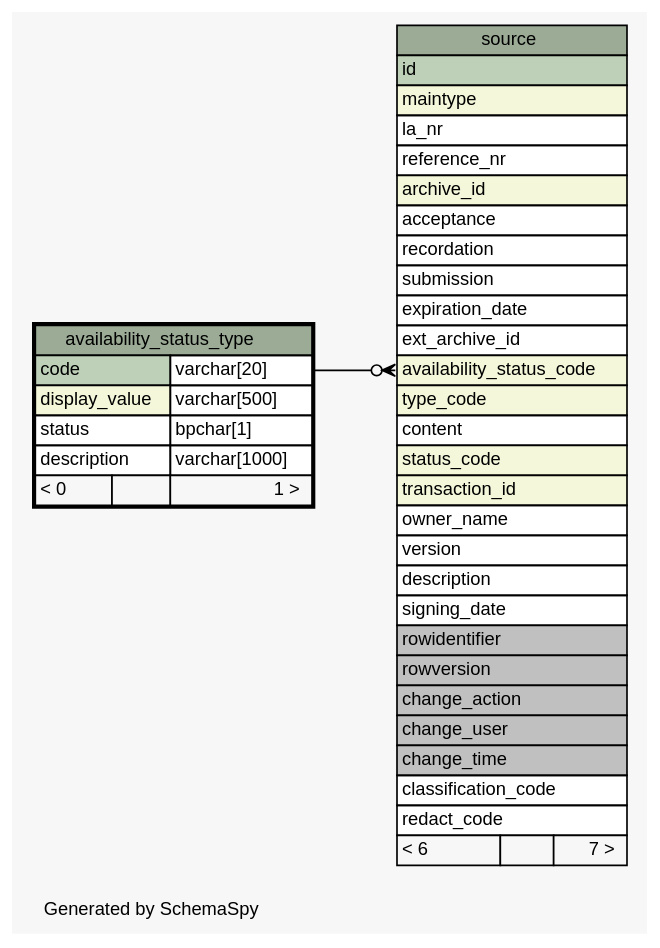
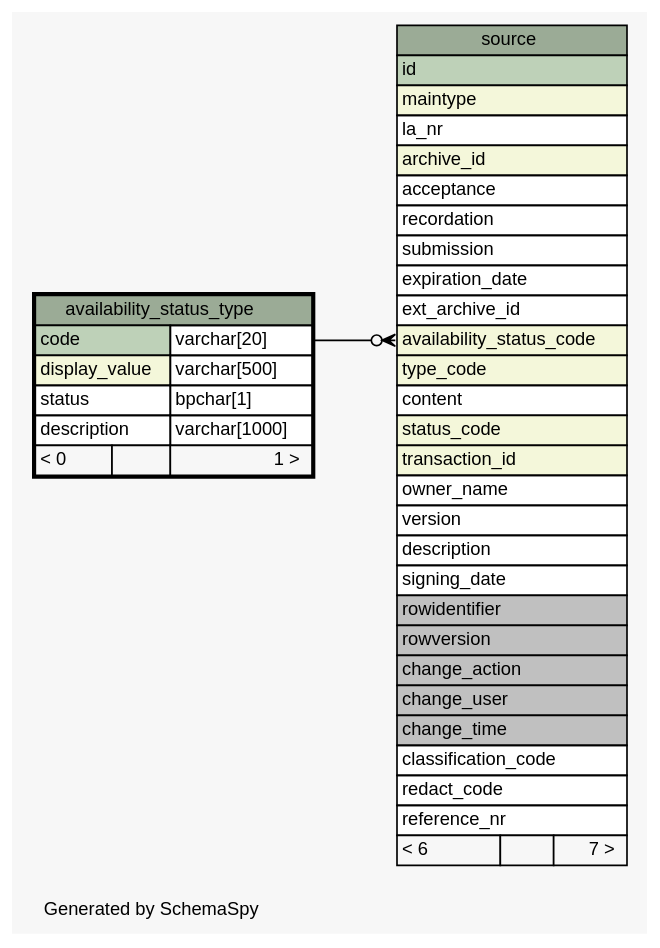
One commit to SOLA-SR-FAO/database changed the diagram in doc/source/diagrams/availability_status_type.1degree.dot. Above: the diagram before and after it, drawn with Graphviz. The commit also changed other lines of this file and 592 other files, not shown here.

```diff
--- a/doc/source/diagrams/availability_status_type.1degree.dot
+++ b/doc/source/diagrams/availability_status_type.1degree.dot
@@ -1,71 +1,71 @@
 // dot 2.36.0 on Windows 7 6.1
 // SchemaSpy rev 590
 digraph "oneDegreeRelationshipsDiagram" {
   graph [
     rankdir="RL"
     bgcolor="#f7f7f7"
     label="\nGenerated by SchemaSpy"
     labeljust="l"
     nodesep="0.18"
     ranksep="0.46"
     fontname="Helvetica"
     fontsize="11"
   ];
   node [
     fontname="Helvetica"
     fontsize="11"
     shape="plaintext"
   ];
   edge [
     arrowsize="0.8"
   ];
   "source":"availability_status_code":w -> "availability_status_type":"code.type":e [arrowhead=none dir=back arrowtail=crowodot];
   "availability_status_type" [
     label=<
     <TABLE BORDER="2" CELLBORDER="1" CELLSPACING="0" BGCOLOR="#ffffff">
       <TR><TD COLSPAN="3" BGCOLOR="#9bab96" ALIGN="CENTER">availability_status_type</TD></TR>
       <TR><TD PORT="code" COLSPAN="2" BGCOLOR="#bed1b8" ALIGN="LEFT">code</TD><TD PORT="code.type" ALIGN="LEFT">varchar[20]</TD></TR>
       <TR><TD PORT="display_value" COLSPAN="2" BGCOLOR="#f4f7da" ALIGN="LEFT">display_value</TD><TD PORT="display_value.type" ALIGN="LEFT">varchar[500]</TD></TR>
       <TR><TD PORT="status" COLSPAN="2" ALIGN="LEFT">status</TD><TD PORT="status.type" ALIGN="LEFT">bpchar[1]</TD></TR>
       <TR><TD PORT="description" COLSPAN="2" ALIGN="LEFT">description</TD><TD PORT="description.type" ALIGN="LEFT">varchar[1000]</TD></TR>
       <TR><TD ALIGN="LEFT" BGCOLOR="#f7f7f7">&lt; 0</TD><TD ALIGN="RIGHT" BGCOLOR="#f7f7f7">  </TD><TD ALIGN="RIGHT" BGCOLOR="#f7f7f7">1 &gt;</TD></TR>
     </TABLE>>
     URL="availability_status_type.html"
     tooltip="availability_status_type"
   ];
   "source" [
     label=<
     <TABLE BORDER="0" CELLBORDER="1" CELLSPACING="0" BGCOLOR="#ffffff">
       <TR><TD COLSPAN="3" BGCOLOR="#9bab96" ALIGN="CENTER">source</TD></TR>
       <TR><TD PORT="id" COLSPAN="3" BGCOLOR="#bed1b8" ALIGN="LEFT">id</TD></TR>
       <TR><TD PORT="maintype" COLSPAN="3" BGCOLOR="#f4f7da" ALIGN="LEFT">maintype</TD></TR>
       <TR><TD PORT="la_nr" COLSPAN="3" ALIGN="LEFT">la_nr</TD></TR>
-      <TR><TD PORT="reference_nr" COLSPAN="3" ALIGN="LEFT">reference_nr</TD></TR>
       <TR><TD PORT="archive_id" COLSPAN="3" BGCOLOR="#f4f7da" ALIGN="LEFT">archive_id</TD></TR>
       <TR><TD PORT="acceptance" COLSPAN="3" ALIGN="LEFT">acceptance</TD></TR>
       <TR><TD PORT="recordation" COLSPAN="3" ALIGN="LEFT">recordation</TD></TR>
       <TR><TD PORT="submission" COLSPAN="3" ALIGN="LEFT">submission</TD></TR>
       <TR><TD PORT="expiration_date" COLSPAN="3" ALIGN="LEFT">expiration_date</TD></TR>
       <TR><TD PORT="ext_archive_id" COLSPAN="3" ALIGN="LEFT">ext_archive_id</TD></TR>
       <TR><TD PORT="availability_status_code" COLSPAN="3" BGCOLOR="#f4f7da" ALIGN="LEFT">availability_status_code</TD></TR>
       <TR><TD PORT="type_code" COLSPAN="3" BGCOLOR="#f4f7da" ALIGN="LEFT">type_code</TD></TR>
       <TR><TD PORT="content" COLSPAN="3" ALIGN="LEFT">content</TD></TR>
       <TR><TD PORT="status_code" COLSPAN="3" BGCOLOR="#f4f7da" ALIGN="LEFT">status_code</TD></TR>
       <TR><TD PORT="transaction_id" COLSPAN="3" BGCOLOR="#f4f7da" ALIGN="LEFT">transaction_id</TD></TR>
       <TR><TD PORT="owner_name" COLSPAN="3" ALIGN="LEFT">owner_name</TD></TR>
       <TR><TD PORT="version" COLSPAN="3" ALIGN="LEFT">version</TD></TR>
       <TR><TD PORT="description" COLSPAN="3" ALIGN="LEFT">description</TD></TR>
       <TR><TD PORT="signing_date" COLSPAN="3" ALIGN="LEFT">signing_date</TD></TR>
       <TR><TD PORT="rowidentifier" COLSPAN="3" BGCOLOR="#c0c0c0" ALIGN="LEFT">rowidentifier</TD></TR>
       <TR><TD PORT="rowversion" COLSPAN="3" BGCOLOR="#c0c0c0" ALIGN="LEFT">rowversion</TD></TR>
       <TR><TD PORT="change_action" COLSPAN="3" BGCOLOR="#c0c0c0" ALIGN="LEFT">change_action</TD></TR>
       <TR><TD PORT="change_user" COLSPAN="3" BGCOLOR="#c0c0c0" ALIGN="LEFT">change_user</TD></TR>
       <TR><TD PORT="change_time" COLSPAN="3" BGCOLOR="#c0c0c0" ALIGN="LEFT">change_time</TD></TR>
       <TR><TD PORT="classification_code" COLSPAN="3" ALIGN="LEFT">classification_code</TD></TR>
       <TR><TD PORT="redact_code" COLSPAN="3" ALIGN="LEFT">redact_code</TD></TR>
+      <TR><TD PORT="reference_nr" COLSPAN="3" ALIGN="LEFT">reference_nr</TD></TR>
       <TR><TD ALIGN="LEFT" BGCOLOR="#f7f7f7">&lt; 6</TD><TD ALIGN="RIGHT" BGCOLOR="#f7f7f7">  </TD><TD ALIGN="RIGHT" BGCOLOR="#f7f7f7">7 &gt;</TD></TR>
     </TABLE>>
     URL="source.html"
     tooltip="source"
   ];
 }
```
